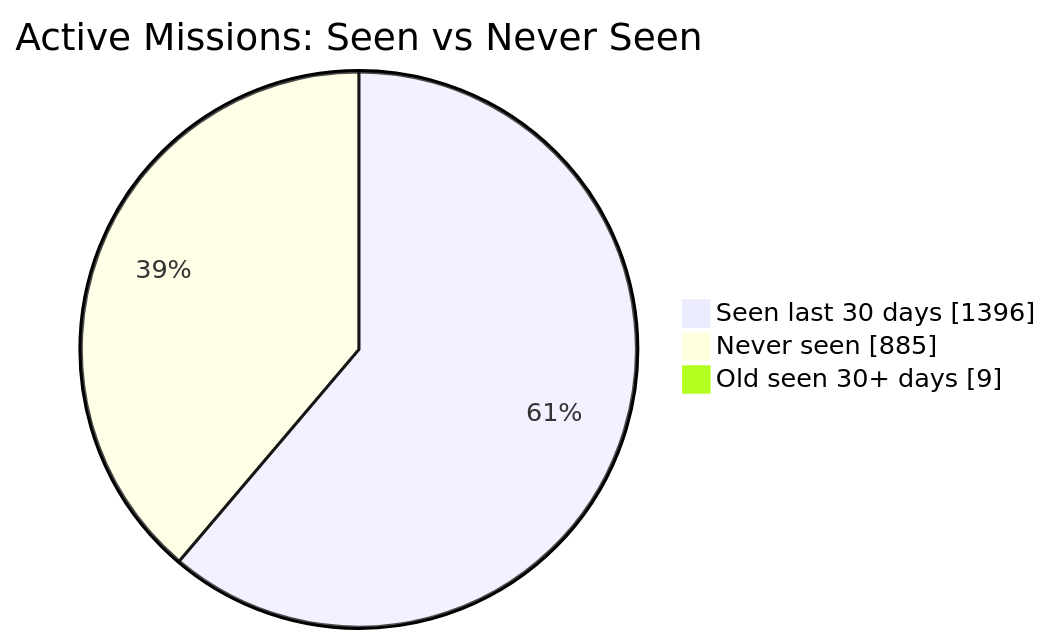
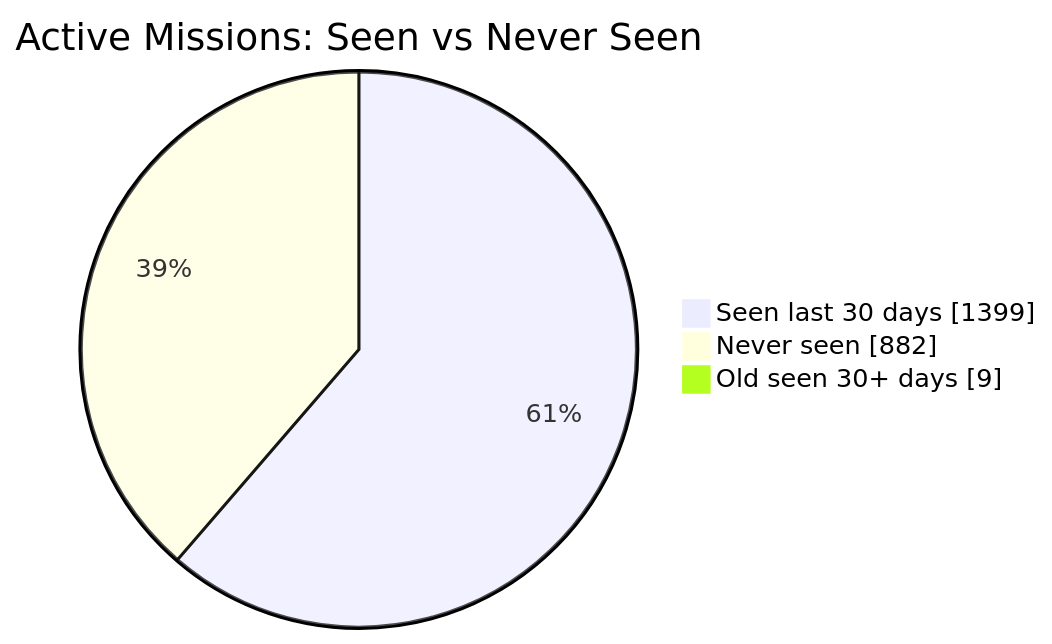
One commit to MeldkamerspelGameTeam/active-missions changed the first of 2 diagrams in README.md. Above: the diagram before and after it, drawn with Mermaid. The commit also changed other lines of this file and 2 other files, not shown here.

````diff
--- a/README.md
+++ b/README.md
@@ -34,7 +34,7 @@
 ```mermaid
 pie showData
     title Active Missions: Seen vs Never Seen
-    "Seen last 30 days" : 1396
-    "Never seen" : 885
+    "Seen last 30 days" : 1399
+    "Never seen" : 882
     "Old seen 30+ days" : 9
 ```
````
